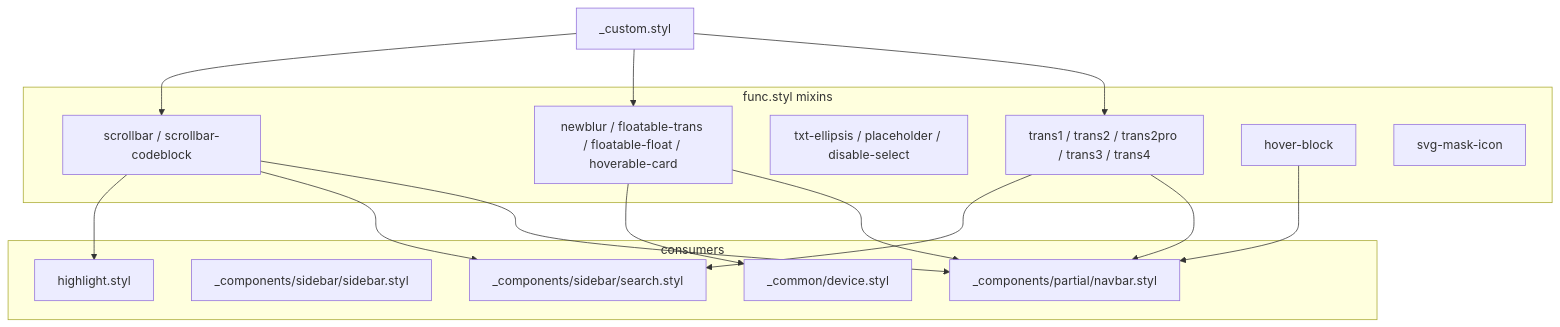
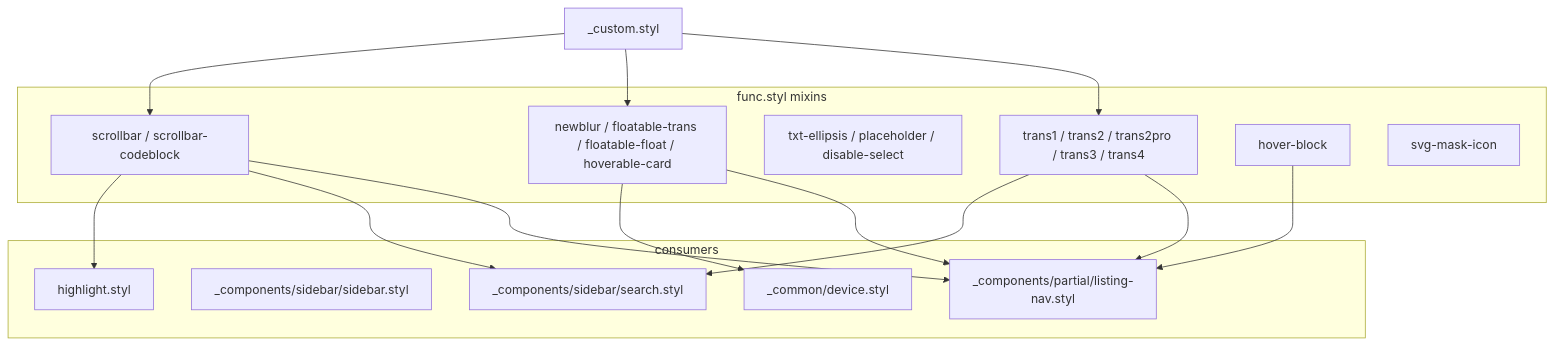
Before and after one commit to xaoxuu/hexo-theme-stellar: the first of 4 diagrams in docs/knowledge/01-样式系统/stylus-utilities.md, drawn with Mermaid. The commit also changed other lines of this file and 287 other files, not shown here.

````diff
--- a/docs/knowledge/01-样式系统/stylus-utilities.md
+++ b/docs/knowledge/01-样式系统/stylus-utilities.md
@@ -37,34 +37,34 @@
 ```mermaid
 graph TB
     CUSTOM["_custom.styl"]
 
     subgraph "func.styl mixins"
         TRANS["trans1 / trans2 / trans2pro / trans3 / trans4"]
         VISUAL["newblur / floatable-trans / floatable-float / hoverable-card"]
         TEXT["txt-ellipsis / placeholder / disable-select"]
         SCROLL["scrollbar / scrollbar-codeblock"]
         HOVER["hover-block"]
         SVG["svg-mask-icon"]
     end
 
     subgraph "consumers"
-        NAVBAR["_components/partial/navbar.styl"]
+        NAVBAR["_components/partial/listing-nav.styl"]
         SIDEBAR["_components/sidebar/sidebar.styl"]
         DEVICE["_common/device.styl"]
         SEARCH["_components/sidebar/search.styl"]
         CODEBLOCK["highlight.styl"]
     end
 
     CUSTOM --> TRANS
     CUSTOM --> VISUAL
     CUSTOM --> SCROLL
 
     TRANS --> NAVBAR
     TRANS --> SEARCH
     VISUAL --> NAVBAR
     VISUAL --> DEVICE
     SCROLL --> NAVBAR
     SCROLL --> SEARCH
     SCROLL --> CODEBLOCK
     HOVER --> NAVBAR
 ```
````
